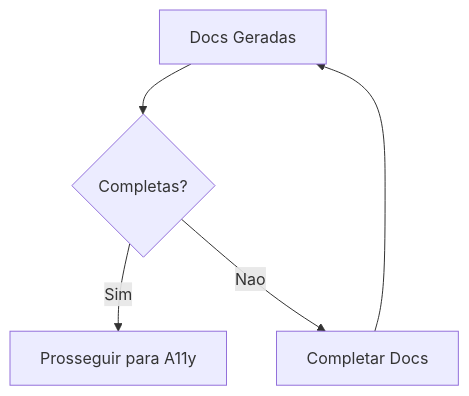
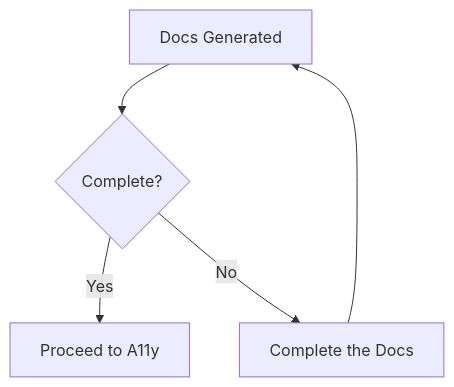
Before and after one commit to CyryxLabs/AEXOS: the sixth of 7 diagrams in docs/aexos-workflows/design-system-build-quality-workflow.md, drawn with Mermaid. The commit also changed other lines of this file and 528 other files, not shown here.

````diff
--- a/docs/aexos-workflows/design-system-build-quality-workflow.md
+++ b/docs/aexos-workflows/design-system-build-quality-workflow.md
@@ -562,7 +562,7 @@
 ```mermaid
 graph TD
-    DOCS[Docs Geradas] --> CHECK{Completas?}
-    CHECK -->|Sim| PROCEED[Prosseguir para A11y]
-    CHECK -->|Nao| COMPLETE[Completar Docs]
+    DOCS[Docs Generated] --> CHECK{Complete?}
+    CHECK -->|Yes| PROCEED[Proceed to A11y]
+    CHECK -->|No| COMPLETE[Complete the Docs]
     COMPLETE --> DOCS
 ```
````
